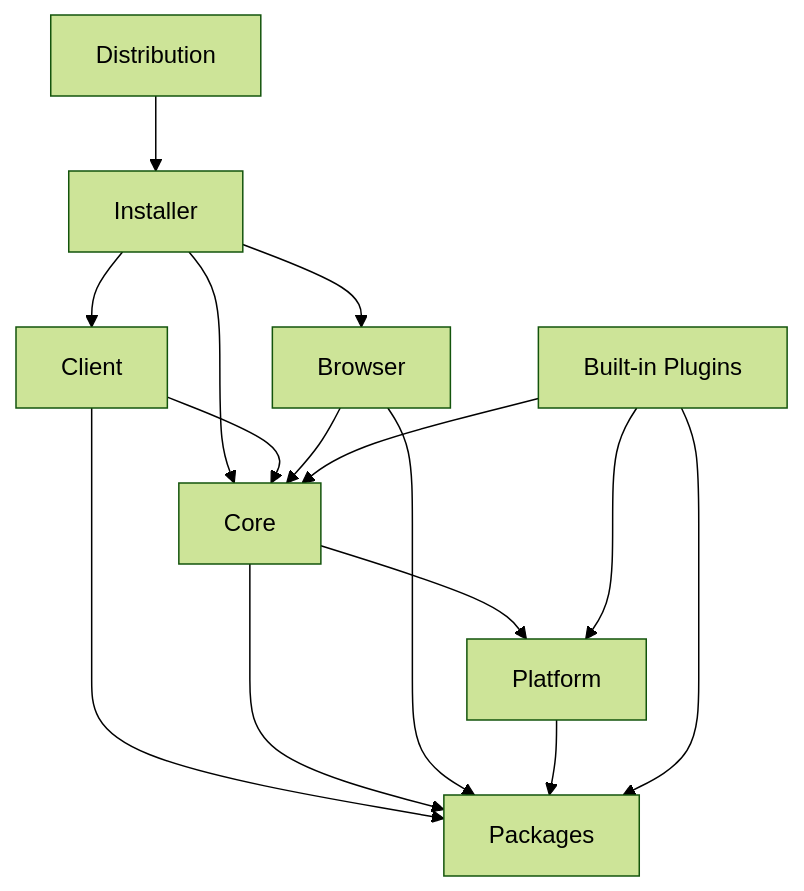
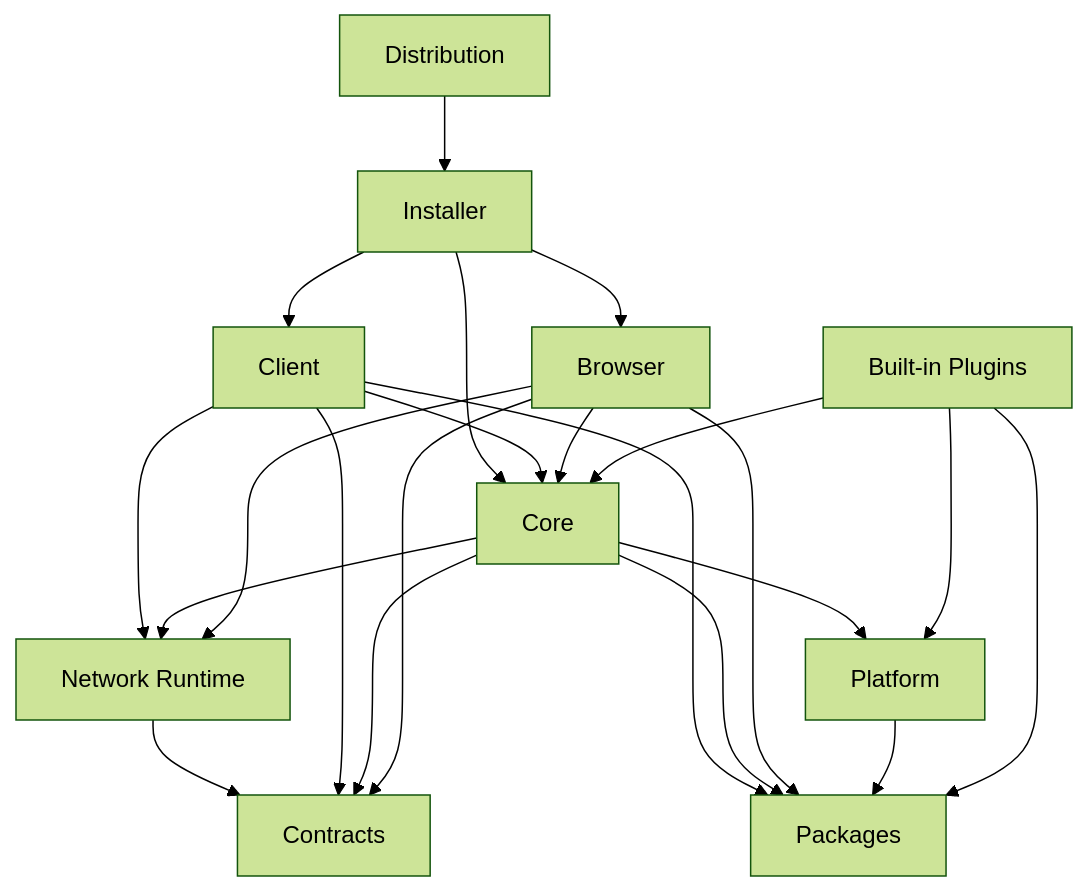
One commit to clearsky3411/gongpill-remote-repo changed the diagram in docs/architecture/code-map.md. Above: the diagram before and after it, drawn with Mermaid (forest theme). The commit also changed other lines of this file and 32 other files, not shown here.

First line of the commit message:
feat: implement loopback network runtime slice (#1)

````diff
--- a/docs/architecture/code-map.md
+++ b/docs/architecture/code-map.md
@@ -27,17 +30,24 @@
 ```mermaid
 flowchart TD
     Distribution --> Installer
     Installer --> Client
     Installer --> Core
     Installer --> Browser
     Client --> Core
     Browser --> Core
+    Client --> NetworkRuntime[Network Runtime]
+    Core --> NetworkRuntime
+    Browser --> NetworkRuntime
+    NetworkRuntime --> Contracts
+    Client --> Contracts
+    Core --> Contracts
+    Browser --> Contracts
     Core --> Platform
     Client --> Packages
     Core --> Packages
     Browser --> Packages
     Platform --> Packages
     BuiltInPlugins[Built-in Plugins] --> Core
     BuiltInPlugins --> Platform
     BuiltInPlugins --> Packages
 ```
````
